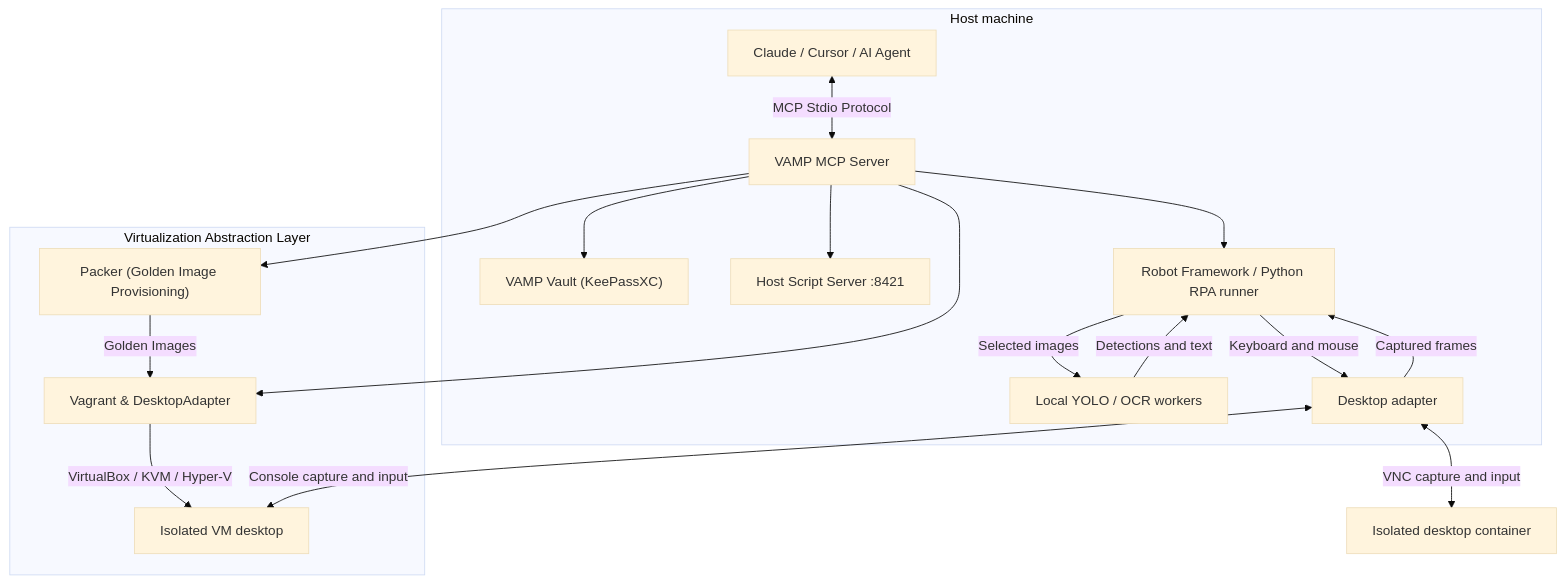
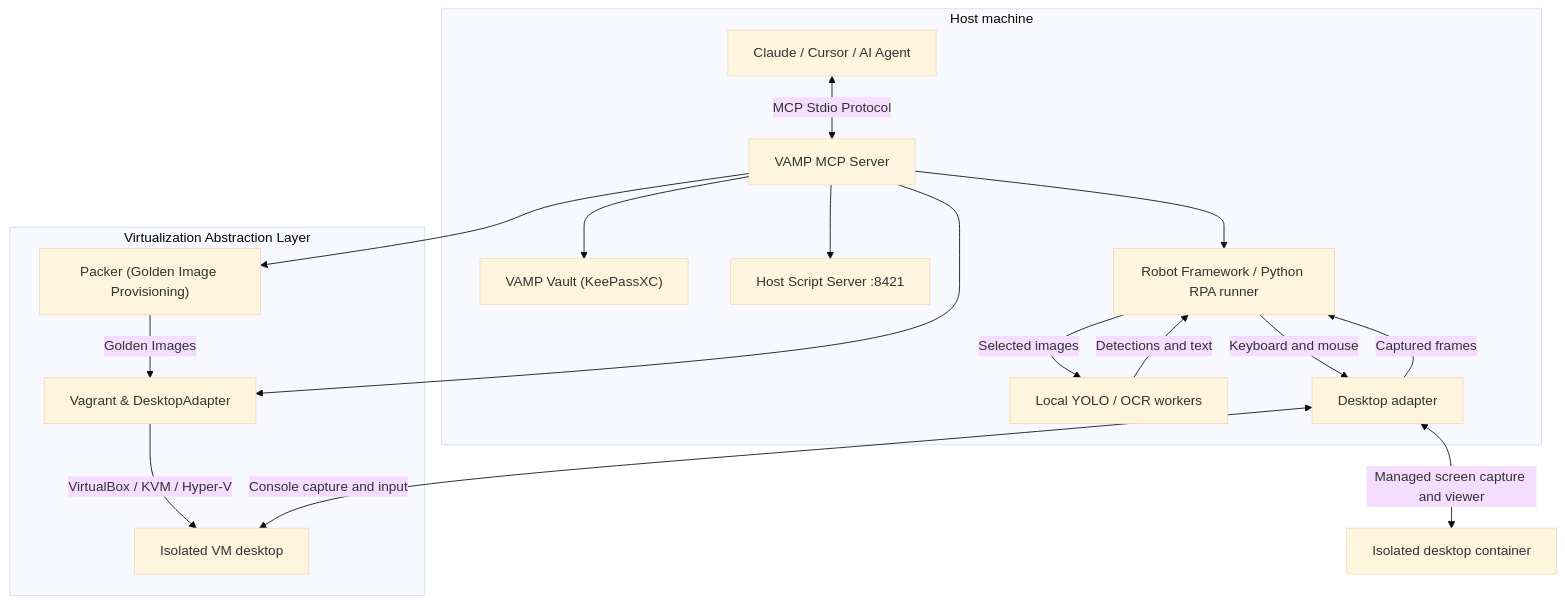
One commit to wayfarer6/vamp-mcp changed the diagram in README.md. Above: the diagram before and after it, drawn with Mermaid (base theme). The commit also changed 3 other files, not shown here.

````diff
--- a/README.md
+++ b/README.md
@@ -114,35 +114,35 @@
 ```mermaid
 flowchart TD
     subgraph Host ["Host machine"]
         Agent["Claude / Cursor / AI Agent"]
         MCP["VAMP MCP Server"]
         Vault["VAMP Vault (KeePassXC)"]
         HTTP["Host Script Server :8421"]
         RPA["Robot Framework / Python RPA runner"]
         Vision["Local YOLO / OCR workers"]
         Desktop["Desktop adapter"]
 
         Agent <-->|MCP Stdio Protocol| MCP
         MCP --> Vault
         MCP --> HTTP
         MCP --> RPA
         RPA -->|Keyboard and mouse| Desktop
         Desktop -->|Captured frames| RPA
         RPA -->|Selected images| Vision
         Vision -->|Detections and text| RPA
     end
 
     subgraph Infrastructure ["Virtualization Abstraction Layer"]
         Packer["Packer (Golden Image Provisioning)"]
         Vagrant["Vagrant & DesktopAdapter"]
         MCP --> Packer
         MCP --> Vagrant
         Packer -->|Golden Images| Vagrant
         Vagrant -->|VirtualBox / KVM / Hyper-V| VM
     end
 
     VM["Isolated VM desktop"]
     Container["Isolated desktop container"]
     Desktop <-->|Console capture and input| VM
-    Desktop <-->|VNC capture and input| Container
+    Desktop <-->|Managed screen capture and viewer| Container
 ```
````
